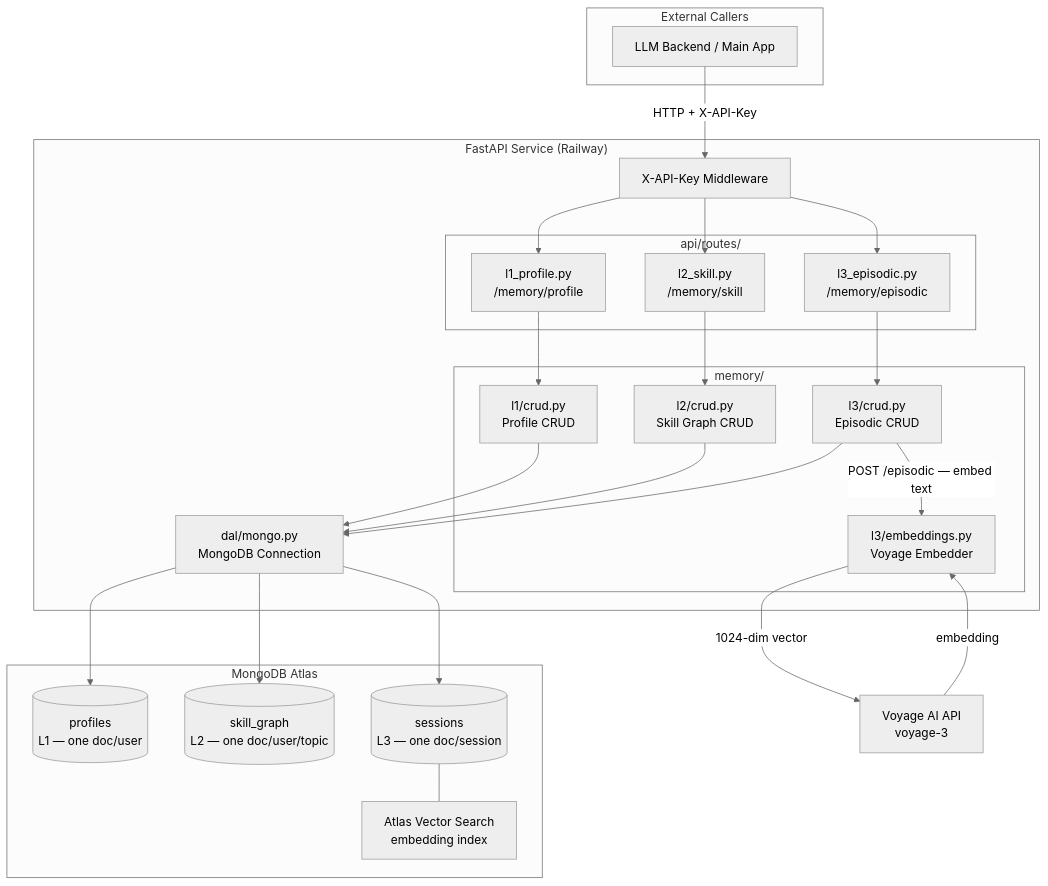
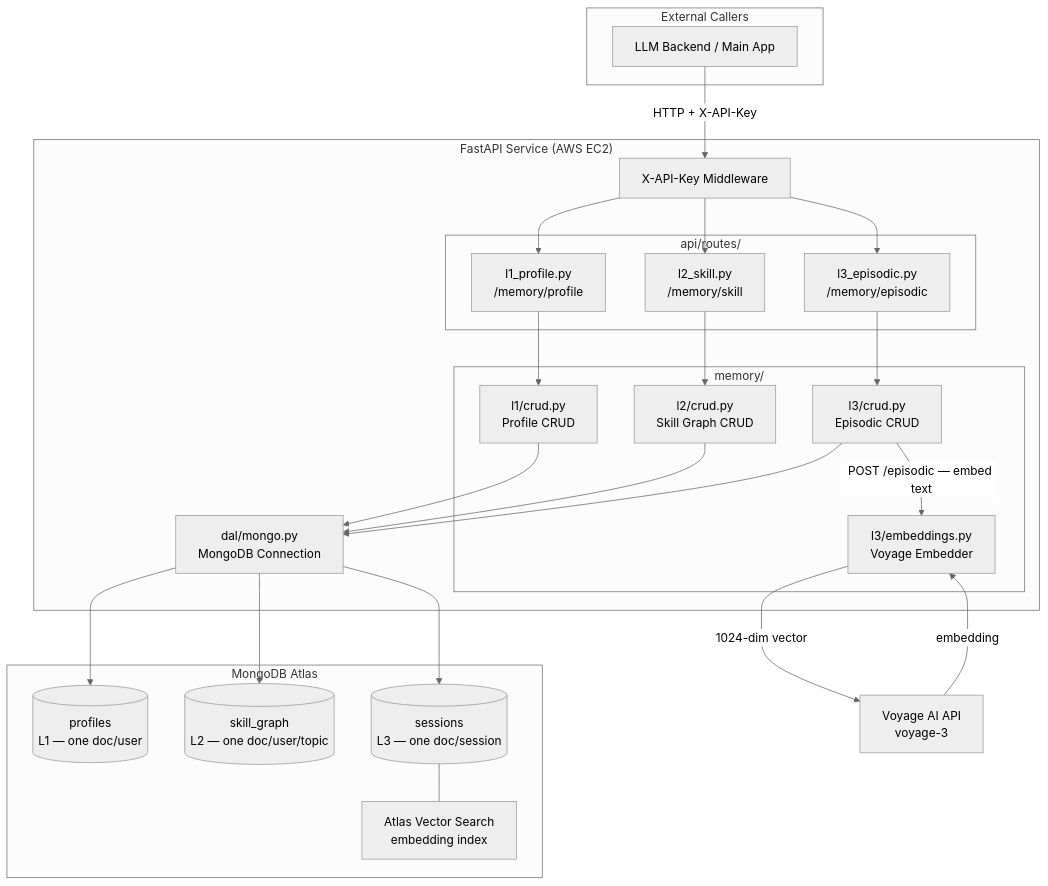
Before and after one commit to gbnathworkspace/layered-memory-service: the first of 4 diagrams in architecture.md, drawn with Mermaid (neutral theme). The commit also changed 6 other files, not shown here.

First line of the commit message:
Switch deployment target from Railway to AWS EC2

````diff
--- a/architecture.md
+++ b/architecture.md
@@ -5,46 +5,46 @@
 ```mermaid
 graph TD
     subgraph Callers["External Callers"]
         B[LLM Backend / Main App]
     end
 
-    subgraph API["FastAPI Service (Railway)"]
+    subgraph API["FastAPI Service (AWS EC2)"]
         AUTH[X-API-Key Middleware]
 
         subgraph Routes["api/routes/"]
             R1[l1_profile.py\n/memory/profile]
             R2[l2_skill.py\n/memory/skill]
             R3[l3_episodic.py\n/memory/episodic]
         end
 
         subgraph CRUD["memory/"]
             C1[l1/crud.py\nProfile CRUD]
             C2[l2/crud.py\nSkill Graph CRUD]
             C3[l3/crud.py\nEpisodic CRUD]
             EMB[l3/embeddings.py\nVoyage Embedder]
         end
 
         DAL[dal/mongo.py\nMongoDB Connection]
     end
 
     subgraph Atlas["MongoDB Atlas"]
         COL1[(profiles\nL1 — one doc/user)]
         COL2[(skill_graph\nL2 — one doc/user/topic)]
         COL3[(sessions\nL3 — one doc/session)]
         VS[Atlas Vector Search\nembedding index]
     end
 
     VOYAGE[Voyage AI API\nvoyage-3]
 
     B -->|HTTP + X-API-Key| AUTH
     AUTH --> R1 & R2 & R3
     R1 --> C1
     R2 --> C2
     R3 --> C3
     C3 -->|POST /episodic — embed text| EMB
     EMB -->|1024-dim vector| VOYAGE
     VOYAGE -->|embedding| EMB
     C1 & C2 & C3 --> DAL
     DAL --> COL1 & COL2 & COL3
     COL3 --- VS
 ```
````
